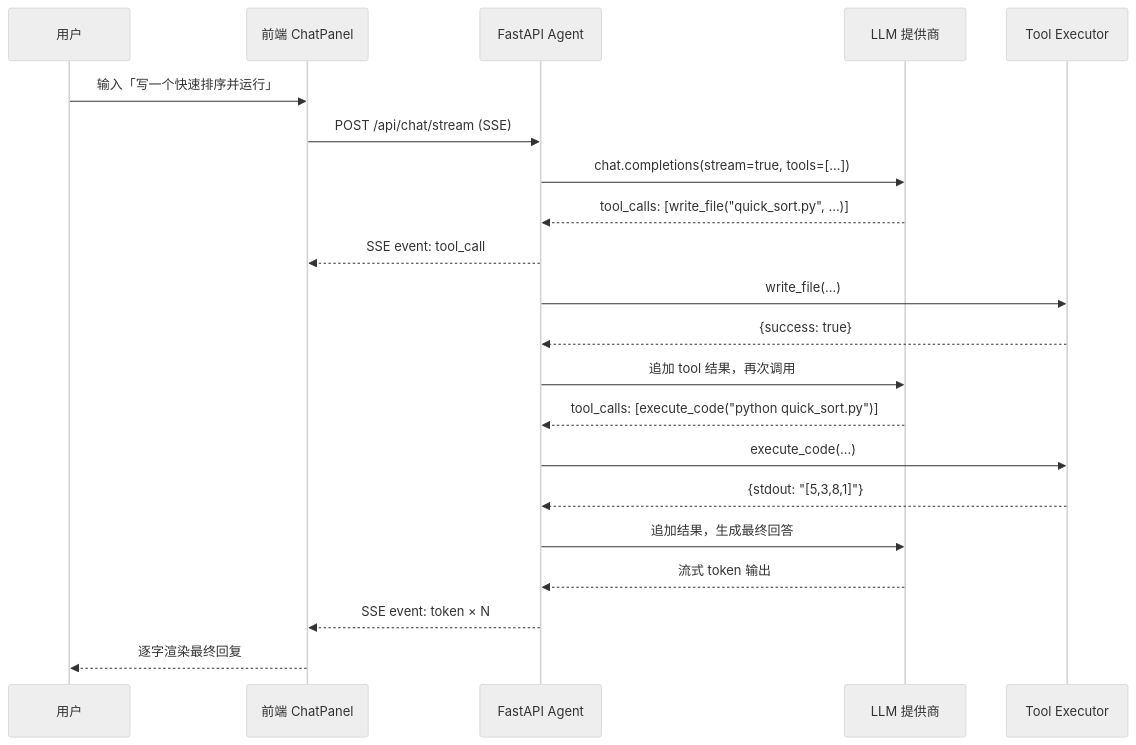
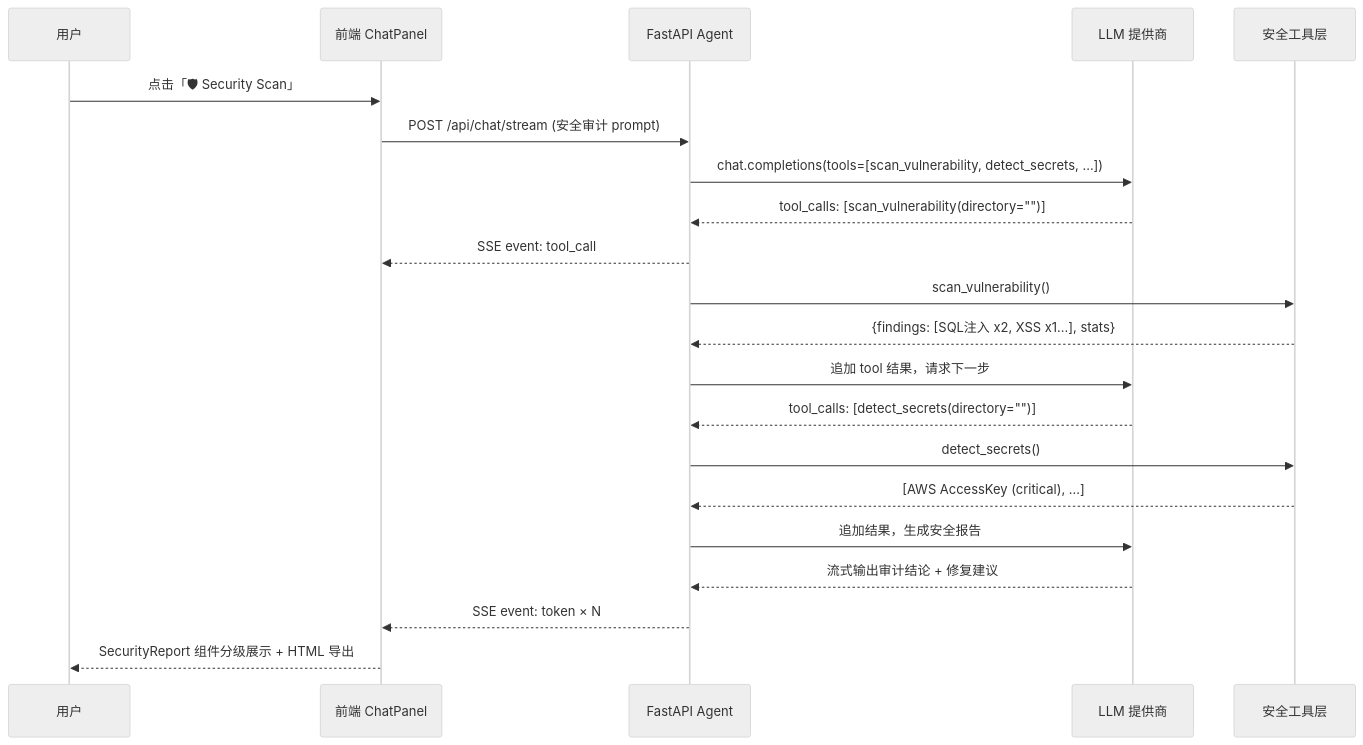
Before and after one commit to wyqsgy/codex-agent: the second of 2 diagrams in README.md, drawn with Mermaid (neutral theme). The commit also changed other lines of this file and 9 other files, not shown here.

````diff
--- a/README.md
+++ b/README.md
@@ -77,24 +96,24 @@
 ```mermaid
 sequenceDiagram
     participant U as 用户
     participant F as 前端 ChatPanel
     participant B as FastAPI Agent
     participant L as LLM 提供商
-    participant T as Tool Executor
+    participant T as 安全工具层
 
-    U->>F: 输入「写一个快速排序并运行」
-    F->>B: POST /api/chat/stream (SSE)
-    B->>L: chat.completions(stream=true, tools=[...])
-    L-->>B: tool_calls: [write_file("quick_sort.py", ...)]
+    U->>F: 点击「🛡 Security Scan」
+    F->>B: POST /api/chat/stream (安全审计 prompt)
+    B->>L: chat.completions(tools=[scan_vulnerability, detect_secrets, ...])
+    L-->>B: tool_calls: [scan_vulnerability(directory="")]
     B-->>F: SSE event: tool_call
-    B->>T: write_file(...)
-    T-->>B: {success: true}
-    B->>L: 追加 tool 结果，再次调用
-    L-->>B: tool_calls: [execute_code("python quick_sort.py")]
-    B->>T: execute_code(...)
-    T-->>B: {stdout: "[5,3,8,1]"}
-    B->>L: 追加结果，生成最终回答
-    L-->>B: 流式 token 输出
+    B->>T: scan_vulnerability()
+    T-->>B: {findings: [SQL注入 x2, XSS x1...], stats}
+    B->>L: 追加 tool 结果，请求下一步
+    L-->>B: tool_calls: [detect_secrets(directory="")]
+    B->>T: detect_secrets()
+    T-->>B: [AWS AccessKey (critical), ...]
+    B->>L: 追加结果，生成安全报告
+    L-->>B: 流式输出审计结论 + 修复建议
     B-->>F: SSE event: token × N
-    F-->>U: 逐字渲染最终回复
+    F-->>U: SecurityReport 组件分级展示 + HTML 导出
 ```
````
